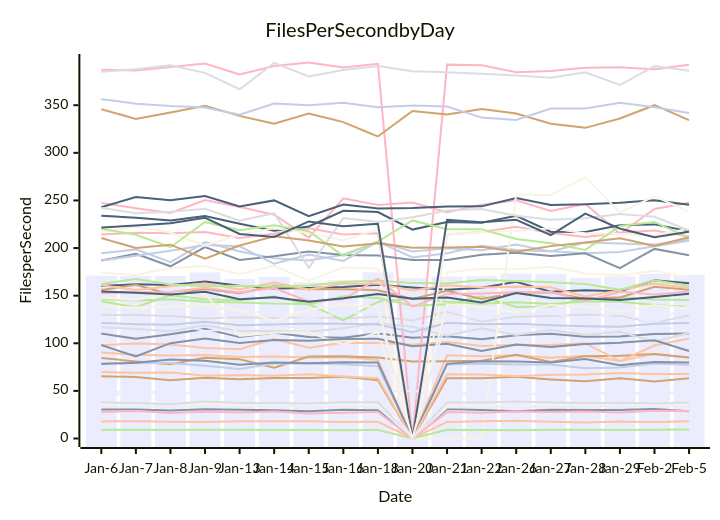
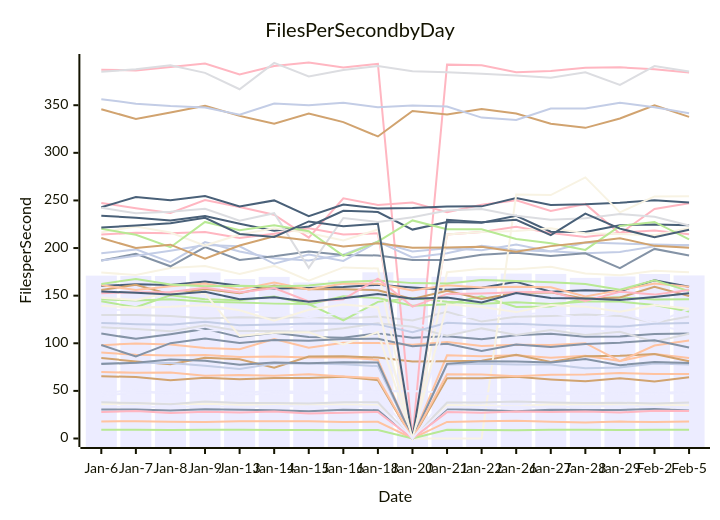
The diagram in perf-report.md (streetsidesoftware/cspell), drawn with Mermaid before and after one commit. The commit also changed other lines of this file and 1 other file, not shown here.

````diff
--- a/perf-report.md
+++ b/perf-report.md
@@ -10,57 +10,57 @@
 ```mermaid
 xychart-beta
     title Files Per Second by Day
     y-axis Files per Second
     x-axis Date [Jan-6, Jan-7, Jan-8, Jan-9, Jan-13, Jan-14, Jan-15, Jan-16, Jan-18, Jan-20, Jan-21, Jan-22, Jan-26, Jan-27, Jan-28, Jan-29, Feb-2, Feb-5]
-    bar [171.06, 170.63, 170.60, 174.36, 167.48, 169.75, 163.88, 166.13, 174.50, 168.43, 169.86, 170.44, 173.21, 172.82, 168.69, 170.17, 172.76, 171.82]
-    line [110.16, 104.65, 109.58, 115.11, 106.48, 111.07, 106.70, 105.83, 110.59, 105.90, 107.50, 104.30, 108.52, 110.13, 106.78, 107.20, 109.65, 110.21]
-    line [90.27, 87.90, 87.06, 87.60, 85.54, 86.15, 85.12, 85.43, 82.51, 0.00, 87.43, 86.48, 87.49, 84.71, 86.94, 81.29, 88.85, 84.79]
-    line [129.63, 129.57, 128.75, 125.98, 127.26, 126.67, 127.57, 126.01, 128.09, 123.93, 133.11, 122.76, 127.88, 128.69, 130.23, 128.77, 121.54, 129.09]
-    line [146.19, 145.02, 146.18, 143.49, 142.76, 141.64, 141.15, 123.99, 143.49, 147.59, 143.59, 141.42, 143.21, 141.20, 143.98, 143.78, 140.14, 137.97]
-    line [84.54, 80.98, 78.06, 84.72, 83.13, 74.36, 86.16, 86.38, 84.98, 80.87, 81.08, 81.74, 87.91, 80.34, 86.50, 86.84, 88.66, 85.14]
-    line [194.45, 198.60, 185.12, 206.27, 196.30, 189.40, 186.97, 192.92, 206.92, 196.43, 199.84, 197.78, 203.69, 196.52, 194.52, 195.98, 201.87, 207.78]
-    line [387.31, 386.47, 390.16, 393.74, 382.18, 391.17, 394.86, 389.55, 393.53, 0.00, 392.61, 391.87, 384.72, 385.87, 389.43, 389.76, 387.86, 392.38]
-    line [160.02, 162.06, 161.10, 164.91, 160.36, 157.59, 157.97, 159.04, 161.40, 158.69, 156.26, 158.43, 164.60, 154.09, 155.59, 154.71, 166.16, 163.11]
-    line [174.22, 171.75, 179.11, 181.04, 172.87, 181.24, 165.83, 179.67, 178.49, 0.00, 174.64, 178.29, 177.69, 180.46, 173.36, 171.47, 176.27, 168.93]
-    line [116.53, 120.08, 121.77, 112.94, 114.87, 112.73, 121.37, 119.21, 111.41, 120.28, 114.69, 112.28, 117.78, 116.14, 114.78, 110.96, 118.96, 112.47]
-    line [186.85, 193.93, 180.85, 201.04, 187.54, 191.28, 196.46, 192.64, 192.25, 187.45, 187.38, 192.87, 195.04, 191.69, 194.48, 178.97, 199.11, 192.36]
-    line [97.96, 99.84, 98.62, 95.10, 93.83, 104.36, 95.41, 100.49, 100.17, 98.43, 101.26, 97.05, 98.45, 98.30, 100.11, 81.16, 97.62, 104.97]
-    line [116.74, 115.06, 112.51, 118.83, 112.95, 112.89, 112.17, 115.75, 121.13, 117.45, 107.89, 115.63, 108.80, 113.98, 108.63, 112.03, 101.57, 110.99]
-    line [144.14, 137.83, 150.50, 146.15, 145.30, 149.05, 140.78, 149.26, 147.65, 139.36, 140.95, 149.41, 138.21, 138.55, 146.90, 148.25, 146.04, 145.51]
-    line [155.94, 161.49, 151.30, 157.09, 152.68, 160.69, 156.79, 156.81, 155.73, 146.52, 155.23, 146.60, 152.95, 153.44, 146.68, 148.04, 159.34, 156.13]
-    line [186.99, 191.85, 197.16, 203.10, 201.84, 183.49, 193.18, 186.41, 206.76, 190.09, 194.48, 202.39, 197.93, 196.32, 205.82, 204.70, 203.85, 208.82]
-    line [247.35, 241.85, 236.85, 250.47, 243.18, 235.07, 210.91, 252.26, 245.25, 247.79, 237.71, 245.48, 250.24, 239.03, 246.34, 215.04, 240.95, 247.66]
-    line [242.84, 253.62, 250.11, 254.55, 243.64, 250.04, 233.42, 245.62, 241.64, 242.10, 243.52, 243.78, 252.46, 245.33, 245.88, 247.56, 250.17, 245.55]
-    line [147.86, 145.38, 153.63, 152.37, 107.78, 110.93, 111.50, 98.69, 111.74, 0.00, 0.00, 0.00, 256.11, 255.68, 274.20, 237.51, 254.20, 238.33]
-    line [48.16, 50.54, 46.59, 48.81, 48.15, 49.96, 48.86, 49.35, 49.61, 49.98, 48.14, 47.57, 46.02, 47.96, 48.80, 46.78, 47.79, 49.38]
-    line [98.16, 86.10, 100.14, 105.08, 100.22, 103.42, 102.77, 104.55, 104.84, 96.90, 99.42, 91.88, 98.65, 96.11, 99.25, 100.66, 103.18, 91.96]
-    line [160.97, 155.89, 159.83, 162.81, 156.59, 163.92, 156.50, 162.70, 162.52, 155.39, 161.05, 158.62, 159.47, 158.84, 149.03, 155.81, 162.82, 158.03]
-    line [385.25, 387.67, 392.05, 384.01, 366.78, 394.48, 380.24, 387.08, 391.19, 385.76, 384.74, 382.99, 381.11, 378.87, 384.64, 371.32, 391.09, 386.20]
-    line [162.35, 167.49, 161.75, 159.91, 160.33, 159.51, 160.62, 164.27, 165.83, 163.17, 162.82, 166.39, 165.48, 164.06, 162.34, 156.27, 166.07, 160.52]
-    line [345.83, 335.66, 342.43, 349.42, 338.80, 330.51, 341.37, 332.29, 317.17, 344.00, 340.27, 346.07, 341.26, 330.59, 326.24, 336.05, 350.02, 334.41]
-    line [356.35, 351.62, 349.11, 347.65, 339.94, 351.75, 349.84, 352.46, 347.95, 349.61, 348.67, 336.98, 334.45, 346.57, 346.60, 352.58, 347.78, 341.85]
-    line [152.61, 153.69, 153.81, 158.28, 153.24, 158.05, 143.97, 146.11, 167.84, 138.47, 151.83, 152.31, 153.48, 154.19, 144.39, 154.19, 151.10, 154.50]
-    line [154.41, 153.05, 151.33, 153.98, 146.13, 148.32, 143.55, 147.19, 151.83, 146.83, 148.17, 142.81, 152.72, 147.54, 147.09, 145.41, 148.70, 152.11]
-    line [36.07, 36.65, 36.34, 36.49, 35.46, 35.24, 35.59, 35.58, 35.07, 0.00, 35.24, 34.68, 33.94, 35.92, 35.70, 34.97, 35.24, 35.16]
-    line [133.47, 136.71, 138.45, 138.88, 133.26, 132.31, 127.23, 131.76, 132.93, 0.00, 127.27, 127.81, 130.32, 132.03, 125.54, 132.09, 121.09, 139.77]
-    line [30.58, 30.44, 29.43, 30.82, 30.13, 29.74, 28.69, 30.19, 29.74, 0.00, 30.87, 30.00, 28.70, 30.12, 29.90, 29.99, 31.08, 28.68]
-    line [17.89, 18.19, 17.48, 17.44, 18.04, 18.04, 18.22, 17.23, 17.55, 0.00, 17.39, 18.17, 18.55, 17.57, 16.82, 17.76, 17.39, 18.03]
-    line [38.02, 37.20, 35.97, 38.77, 37.19, 37.15, 36.65, 38.13, 37.95, 0.00, 37.76, 37.89, 38.81, 37.93, 37.35, 37.58, 36.65, 37.73]
-    line [9.12, 9.14, 8.90, 9.21, 9.09, 8.82, 8.93, 8.76, 8.99, 0.00, 9.21, 8.99, 8.69, 9.06, 9.17, 8.90, 9.14, 9.51]
-    line [65.47, 64.47, 61.13, 63.67, 62.15, 63.63, 63.52, 64.93, 61.26, 0.00, 63.19, 63.24, 64.72, 62.00, 60.00, 63.28, 59.94, 63.24]
-    line [79.03, 79.23, 79.24, 76.50, 72.97, 78.65, 78.72, 77.98, 76.03, 0.00, 77.82, 78.41, 77.74, 77.78, 73.82, 74.60, 78.73, 77.50]
-    line [214.16, 216.11, 215.58, 216.92, 210.61, 215.07, 220.69, 214.26, 215.48, 0.00, 214.23, 216.83, 222.41, 215.81, 211.64, 216.10, 218.52, 212.23]
-    line [234.01, 231.87, 229.00, 233.60, 225.53, 218.14, 222.73, 239.07, 237.86, 219.38, 227.33, 226.70, 233.87, 217.12, 216.93, 224.01, 224.86, 217.71]
-    line [216.47, 222.63, 216.37, 202.60, 214.18, 220.74, 215.80, 207.87, 219.52, 0.00, 214.36, 216.75, 217.84, 220.87, 215.44, 214.77, 213.40, 220.36]
-    line [33.41, 33.47, 33.19, 33.82, 33.01, 34.00, 33.70, 33.67, 33.62, 0.00, 32.53, 32.97, 33.70, 32.82, 33.62, 33.93, 33.23, 34.39]
-    line [78.20, 79.53, 83.01, 81.62, 77.54, 79.76, 78.94, 80.05, 79.79, 0.00, 78.41, 81.03, 80.80, 79.69, 83.58, 77.01, 80.34, 79.77]
-    line [69.77, 69.09, 69.36, 65.84, 66.66, 65.78, 67.40, 65.04, 63.23, 0.00, 67.48, 67.27, 65.41, 67.07, 67.22, 68.71, 67.83, 67.61]
-    line [242.35, 236.52, 238.12, 241.19, 228.64, 236.61, 179.24, 231.58, 227.41, 232.25, 239.53, 241.09, 233.83, 229.73, 231.27, 235.75, 232.76, 218.39]
-    line [220.18, 213.99, 200.90, 227.46, 218.81, 223.94, 217.59, 191.78, 206.70, 229.01, 219.68, 219.77, 209.49, 204.94, 198.04, 223.32, 227.45, 210.48]
-    line [210.48, 200.08, 203.53, 188.73, 202.65, 212.27, 207.96, 201.68, 204.97, 200.41, 200.50, 201.35, 196.11, 202.03, 205.84, 210.33, 202.30, 211.32]
-    line [121.36, 120.04, 119.36, 122.67, 118.82, 119.70, 120.72, 120.60, 119.83, 111.61, 121.49, 119.94, 120.57, 119.01, 117.99, 117.30, 120.43, 121.39]
-    line [27.76, 28.93, 26.82, 27.98, 27.25, 28.25, 26.29, 26.94, 27.92, 0.00, 27.74, 27.10, 28.41, 27.77, 28.43, 27.26, 29.20, 28.96]
-    line [221.68, 223.62, 226.04, 231.74, 214.77, 211.68, 227.93, 222.84, 225.57, 0.00, 229.76, 226.99, 229.64, 213.50, 236.23, 220.41, 211.45, 217.22]
-    line [139.31, 137.59, 138.48, 140.31, 134.58, 123.64, 135.23, 140.79, 137.86, 0.00, 141.02, 138.02, 132.73, 140.24, 138.48, 133.03, 140.20, 136.63]
-    line [44.97, 48.20, 48.28, 47.88, 45.48, 47.52, 48.15, 46.82, 48.44, 0.00, 45.59, 47.24, 46.87, 46.43, 46.80, 47.45, 47.29, 48.80]
+    bar [171.06, 170.63, 170.60, 174.36, 167.48, 169.75, 163.88, 166.13, 174.50, 168.43, 169.86, 170.44, 173.21, 172.82, 168.69, 170.17, 172.76, 171.27]
+    line [110.16, 104.65, 109.58, 115.11, 106.48, 111.07, 106.70, 105.83, 110.59, 105.90, 107.50, 104.30, 108.52, 110.13, 106.78, 107.20, 109.65, 110.17]
+    line [90.27, 87.90, 87.06, 87.60, 85.54, 86.15, 85.12, 85.43, 82.51, 0.00, 87.43, 86.48, 87.49, 84.71, 86.94, 81.29, 88.85, 84.61]
+    line [129.63, 129.57, 128.75, 125.98, 127.26, 126.67, 127.57, 126.01, 128.09, 123.93, 133.11, 122.76, 127.88, 128.69, 130.23, 128.77, 121.54, 128.22]
+    line [146.19, 145.02, 146.18, 143.49, 142.76, 141.64, 141.15, 123.99, 143.49, 147.59, 143.59, 141.42, 143.21, 141.20, 143.98, 143.78, 140.14, 133.30]
+    line [84.54, 80.98, 78.06, 84.72, 83.13, 74.36, 86.16, 86.38, 84.98, 80.87, 81.08, 81.74, 87.91, 80.34, 86.50, 86.84, 88.66, 81.17]
+    line [194.45, 198.60, 185.12, 206.27, 196.30, 189.40, 186.97, 192.92, 206.92, 196.43, 199.84, 197.78, 203.69, 196.52, 194.52, 195.98, 201.87, 202.96]
+    line [387.31, 386.47, 390.16, 393.74, 382.18, 391.17, 394.86, 389.55, 393.53, 0.00, 392.61, 391.87, 384.72, 385.87, 389.43, 389.76, 387.86, 384.25]
+    line [160.02, 162.06, 161.10, 164.91, 160.36, 157.59, 157.97, 159.04, 161.40, 158.69, 156.26, 158.43, 164.60, 154.09, 155.59, 154.71, 166.16, 159.37]
+    line [174.22, 171.75, 179.11, 181.04, 172.87, 181.24, 165.83, 179.67, 178.49, 0.00, 174.64, 178.29, 177.69, 180.46, 173.36, 171.47, 176.27, 174.50]
+    line [116.53, 120.08, 121.77, 112.94, 114.87, 112.73, 121.37, 119.21, 111.41, 120.28, 114.69, 112.28, 117.78, 116.14, 114.78, 110.96, 118.96, 112.31]
+    line [186.85, 193.93, 180.85, 201.04, 187.54, 191.28, 196.46, 192.64, 192.25, 187.45, 187.38, 192.87, 195.04, 191.69, 194.48, 178.97, 199.11, 192.10]
+    line [97.96, 99.84, 98.62, 95.10, 93.83, 104.36, 95.41, 100.49, 100.17, 98.43, 101.26, 97.05, 98.45, 98.30, 100.11, 81.16, 97.62, 102.99]
+    line [116.74, 115.06, 112.51, 118.83, 112.95, 112.89, 112.17, 115.75, 121.13, 117.45, 107.89, 115.63, 108.80, 113.98, 108.63, 112.03, 101.57, 109.92]
+    line [144.14, 137.83, 150.50, 146.15, 145.30, 149.05, 140.78, 149.26, 147.65, 139.36, 140.95, 149.41, 138.21, 138.55, 146.90, 148.25, 146.04, 146.36]
+    line [155.94, 161.49, 151.30, 157.09, 152.68, 160.69, 156.79, 156.81, 155.73, 146.52, 155.23, 146.60, 152.95, 153.44, 146.68, 148.04, 159.34, 149.65]
+    line [186.99, 191.85, 197.16, 203.10, 201.84, 183.49, 193.18, 186.41, 206.76, 190.09, 194.48, 202.39, 197.93, 196.32, 205.82, 204.70, 203.85, 203.07]
+    line [247.35, 241.85, 236.85, 250.47, 243.18, 235.07, 210.91, 252.26, 245.25, 247.79, 237.71, 245.48, 250.24, 239.03, 246.34, 215.04, 240.95, 247.09]
+    line [242.84, 253.62, 250.11, 254.55, 243.64, 250.04, 233.42, 245.62, 241.64, 242.10, 243.52, 243.78, 252.46, 245.33, 245.88, 247.56, 250.17, 247.96]
+    line [147.86, 145.38, 153.63, 152.37, 107.78, 110.93, 111.50, 98.69, 111.74, 0.00, 0.00, 0.00, 256.11, 255.68, 274.20, 237.51, 254.20, 254.31]
+    line [48.16, 50.54, 46.59, 48.81, 48.15, 49.96, 48.86, 49.35, 49.61, 49.98, 48.14, 47.57, 46.02, 47.96, 48.80, 46.78, 47.79, 48.99]
+    line [98.16, 86.10, 100.14, 105.08, 100.22, 103.42, 102.77, 104.55, 104.84, 96.90, 99.42, 91.88, 98.65, 96.11, 99.25, 100.66, 103.18, 95.54]
+    line [160.97, 155.89, 159.83, 162.81, 156.59, 163.92, 156.50, 162.70, 162.52, 155.39, 161.05, 158.62, 159.47, 158.84, 149.03, 155.81, 162.82, 159.32]
+    line [385.25, 387.67, 392.05, 384.01, 366.78, 394.48, 380.24, 387.08, 391.19, 385.76, 384.74, 382.99, 381.11, 378.87, 384.64, 371.32, 391.09, 385.34]
+    line [162.35, 167.49, 161.75, 159.91, 160.33, 159.51, 160.62, 164.27, 165.83, 163.17, 162.82, 166.39, 165.48, 164.06, 162.34, 156.27, 166.07, 154.81]
+    line [345.83, 335.66, 342.43, 349.42, 338.80, 330.51, 341.37, 332.29, 317.17, 344.00, 340.27, 346.07, 341.26, 330.59, 326.24, 336.05, 350.02, 337.72]
+    line [356.35, 351.62, 349.11, 347.65, 339.94, 351.75, 349.84, 352.46, 347.95, 349.61, 348.67, 336.98, 334.45, 346.57, 346.60, 352.58, 347.78, 341.67]
+    line [152.61, 153.69, 153.81, 158.28, 153.24, 158.05, 143.97, 146.11, 167.84, 138.47, 151.83, 152.31, 153.48, 154.19, 144.39, 154.19, 151.10, 156.05]
+    line [154.41, 153.05, 151.33, 153.98, 146.13, 148.32, 143.55, 147.19, 151.83, 146.83, 148.17, 142.81, 152.72, 147.54, 147.09, 145.41, 148.70, 152.47]
+    line [36.07, 36.65, 36.34, 36.49, 35.46, 35.24, 35.59, 35.58, 35.07, 0.00, 35.24, 34.68, 33.94, 35.92, 35.70, 34.97, 35.24, 35.04]
+    line [133.47, 136.71, 138.45, 138.88, 133.26, 132.31, 127.23, 131.76, 132.93, 0.00, 127.27, 127.81, 130.32, 132.03, 125.54, 132.09, 121.09, 136.00]
+    line [30.58, 30.44, 29.43, 30.82, 30.13, 29.74, 28.69, 30.19, 29.74, 0.00, 30.87, 30.00, 28.70, 30.12, 29.90, 29.99, 31.08, 29.53]
+    line [17.89, 18.19, 17.48, 17.44, 18.04, 18.04, 18.22, 17.23, 17.55, 0.00, 17.39, 18.17, 18.55, 17.57, 16.82, 17.76, 17.39, 17.93]
+    line [38.02, 37.20, 35.97, 38.77, 37.19, 37.15, 36.65, 38.13, 37.95, 0.00, 37.76, 37.89, 38.81, 37.93, 37.35, 37.58, 36.65, 37.76]
+    line [9.12, 9.14, 8.90, 9.21, 9.09, 8.82, 8.93, 8.76, 8.99, 0.00, 9.21, 8.99, 8.69, 9.06, 9.17, 8.90, 9.14, 9.09]
+    line [65.47, 64.47, 61.13, 63.67, 62.15, 63.63, 63.52, 64.93, 61.26, 0.00, 63.19, 63.24, 64.72, 62.00, 60.00, 63.28, 59.94, 64.32]
+    line [79.03, 79.23, 79.24, 76.50, 72.97, 78.65, 78.72, 77.98, 76.03, 0.00, 77.82, 78.41, 77.74, 77.78, 73.82, 74.60, 78.73, 77.73]
+    line [214.16, 216.11, 215.58, 216.92, 210.61, 215.07, 220.69, 214.26, 215.48, 0.00, 214.23, 216.83, 222.41, 215.81, 211.64, 216.10, 218.52, 214.58]
+    line [234.01, 231.87, 229.00, 233.60, 225.53, 218.14, 222.73, 239.07, 237.86, 219.38, 227.33, 226.70, 233.87, 217.12, 216.93, 224.01, 224.86, 223.95]
+    line [216.47, 222.63, 216.37, 202.60, 214.18, 220.74, 215.80, 207.87, 219.52, 0.00, 214.36, 216.75, 217.84, 220.87, 215.44, 214.77, 213.40, 221.12]
+    line [33.41, 33.47, 33.19, 33.82, 33.01, 34.00, 33.70, 33.67, 33.62, 0.00, 32.53, 32.97, 33.70, 32.82, 33.62, 33.93, 33.23, 32.88]
+    line [78.20, 79.53, 83.01, 81.62, 77.54, 79.76, 78.94, 80.05, 79.79, 0.00, 78.41, 81.03, 80.80, 79.69, 83.58, 77.01, 80.34, 79.30]
+    line [69.77, 69.09, 69.36, 65.84, 66.66, 65.78, 67.40, 65.04, 63.23, 0.00, 67.48, 67.27, 65.41, 67.07, 67.22, 68.71, 67.83, 67.84]
+    line [242.35, 236.52, 238.12, 241.19, 228.64, 236.61, 179.24, 231.58, 227.41, 232.25, 239.53, 241.09, 233.83, 229.73, 231.27, 235.75, 232.76, 223.69]
+    line [220.18, 213.99, 200.90, 227.46, 218.81, 223.94, 217.59, 191.78, 206.70, 229.01, 219.68, 219.77, 209.49, 204.94, 198.04, 223.32, 227.45, 209.12]
+    line [210.48, 200.08, 203.53, 188.73, 202.65, 212.27, 207.96, 201.68, 204.97, 200.41, 200.50, 201.35, 196.11, 202.03, 205.84, 210.33, 202.30, 200.30]
+    line [121.36, 120.04, 119.36, 122.67, 118.82, 119.70, 120.72, 120.60, 119.83, 111.61, 121.49, 119.94, 120.57, 119.01, 117.99, 117.30, 120.43, 121.21]
+    line [27.76, 28.93, 26.82, 27.98, 27.25, 28.25, 26.29, 26.94, 27.92, 0.00, 27.74, 27.10, 28.41, 27.77, 28.43, 27.26, 29.20, 28.87]
+    line [221.68, 223.62, 226.04, 231.74, 214.77, 211.68, 227.93, 222.84, 225.57, 0.00, 229.76, 226.99, 229.64, 213.50, 236.23, 220.41, 211.45, 219.29]
+    line [139.31, 137.59, 138.48, 140.31, 134.58, 123.64, 135.23, 140.79, 137.86, 0.00, 141.02, 138.02, 132.73, 140.24, 138.48, 133.03, 140.20, 136.34]
+    line [44.97, 48.20, 48.28, 47.88, 45.48, 47.52, 48.15, 46.82, 48.44, 0.00, 45.59, 47.24, 46.87, 46.43, 46.80, 47.45, 47.29, 47.60]
 ```
````
